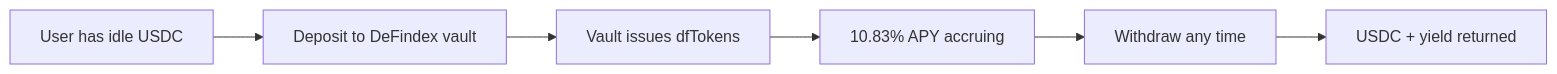
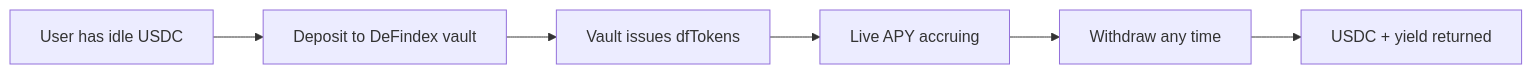
The third of 4 diagrams in README.md (mariaelisaaraya/pontepay), drawn with Mermaid before and after one commit. The commit also changed other lines of this file, not shown here.

````diff
--- a/README.md
+++ b/README.md
@@ -215,8 +217,8 @@
 ```mermaid
 graph LR
     U["User has idle USDC"] --> D["Deposit to DeFindex vault"]
     D --> V["Vault issues dfTokens"]
-    V --> Y["10.83% APY accruing"]
+    V --> Y["Live APY accruing"]
     Y --> W["Withdraw any time"]
     W --> U2["USDC + yield returned"]
 ```
````
